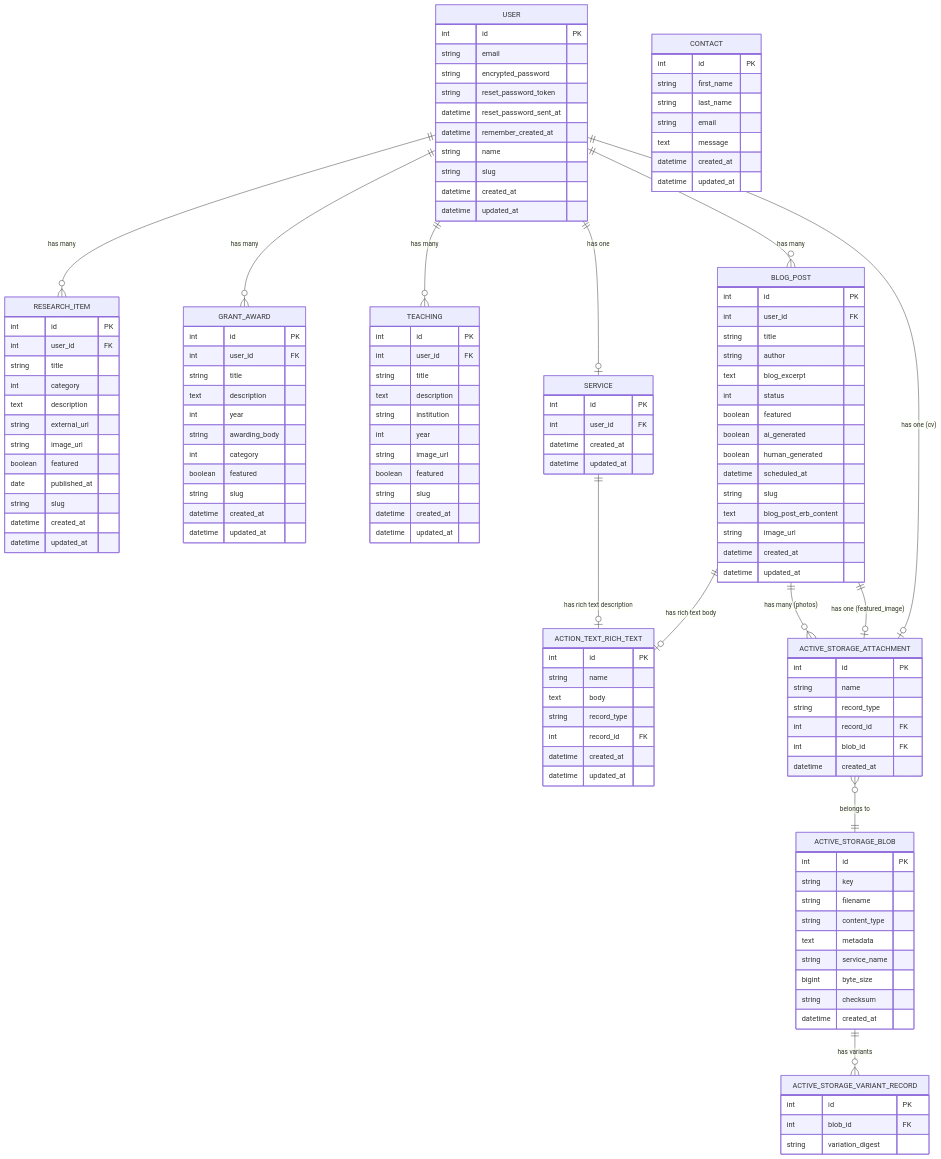
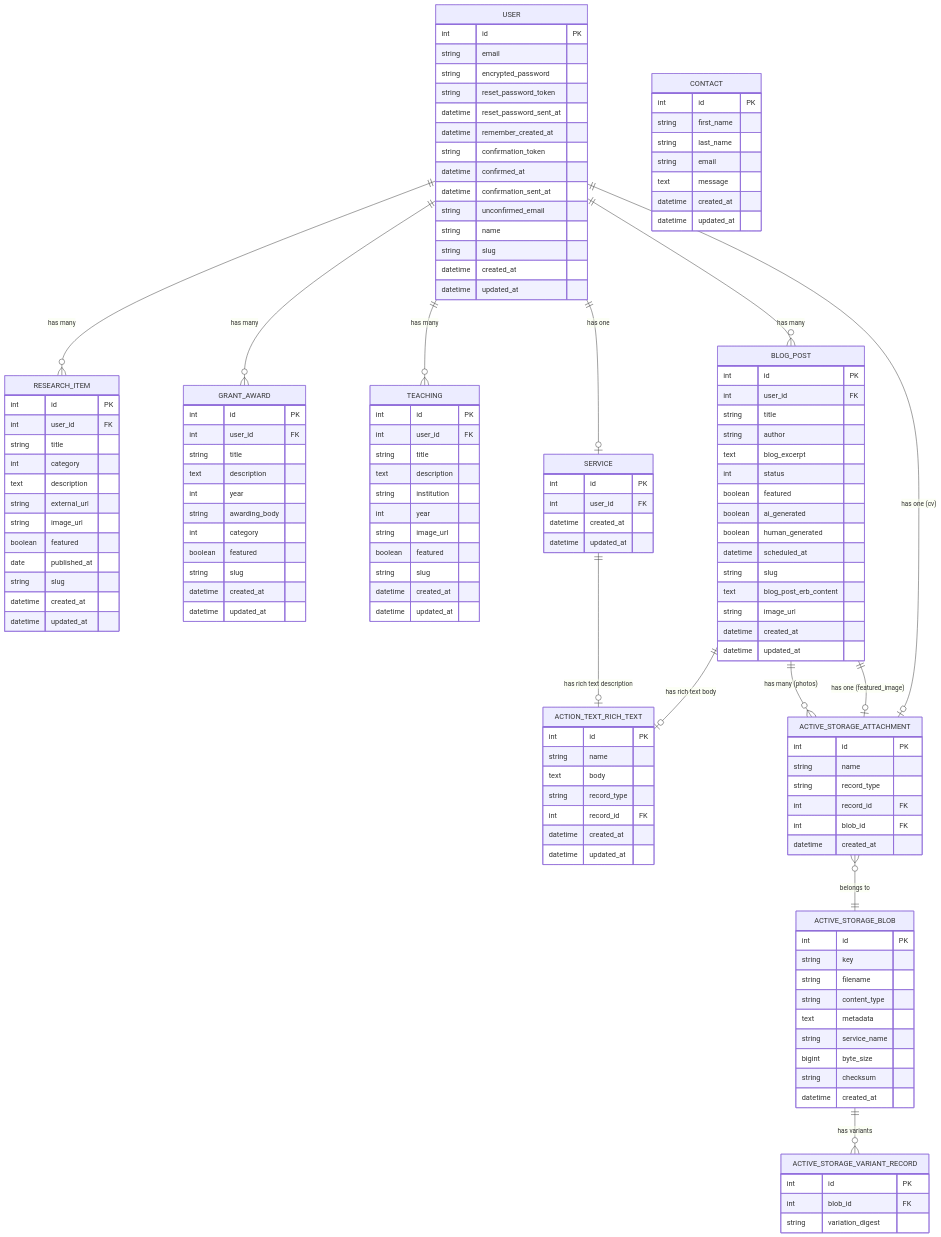
The diagram in docs/ERD.md (louiskb/isarak-portfolio), drawn with Mermaid before and after one commit. The commit also changed 2 other files, not shown here.

Commit message:
chore: update TODO + ERD; add borders and spacing to research + teaching cards

```diff
--- a/docs/ERD.md
+++ b/docs/ERD.md
@@ -9,6 +9,10 @@
         string reset_password_token
         datetime reset_password_sent_at
         datetime remember_created_at
+        string confirmation_token
+        datetime confirmed_at
+        datetime confirmation_sent_at
+        string unconfirmed_email
         string name
         string slug
         datetime created_at
```
